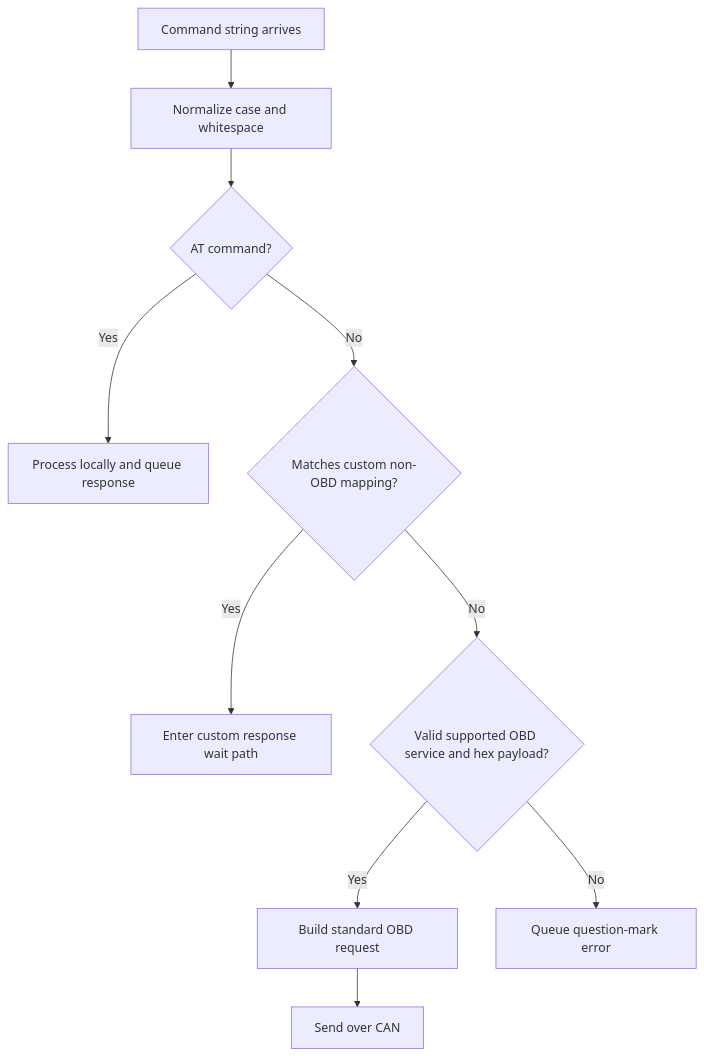
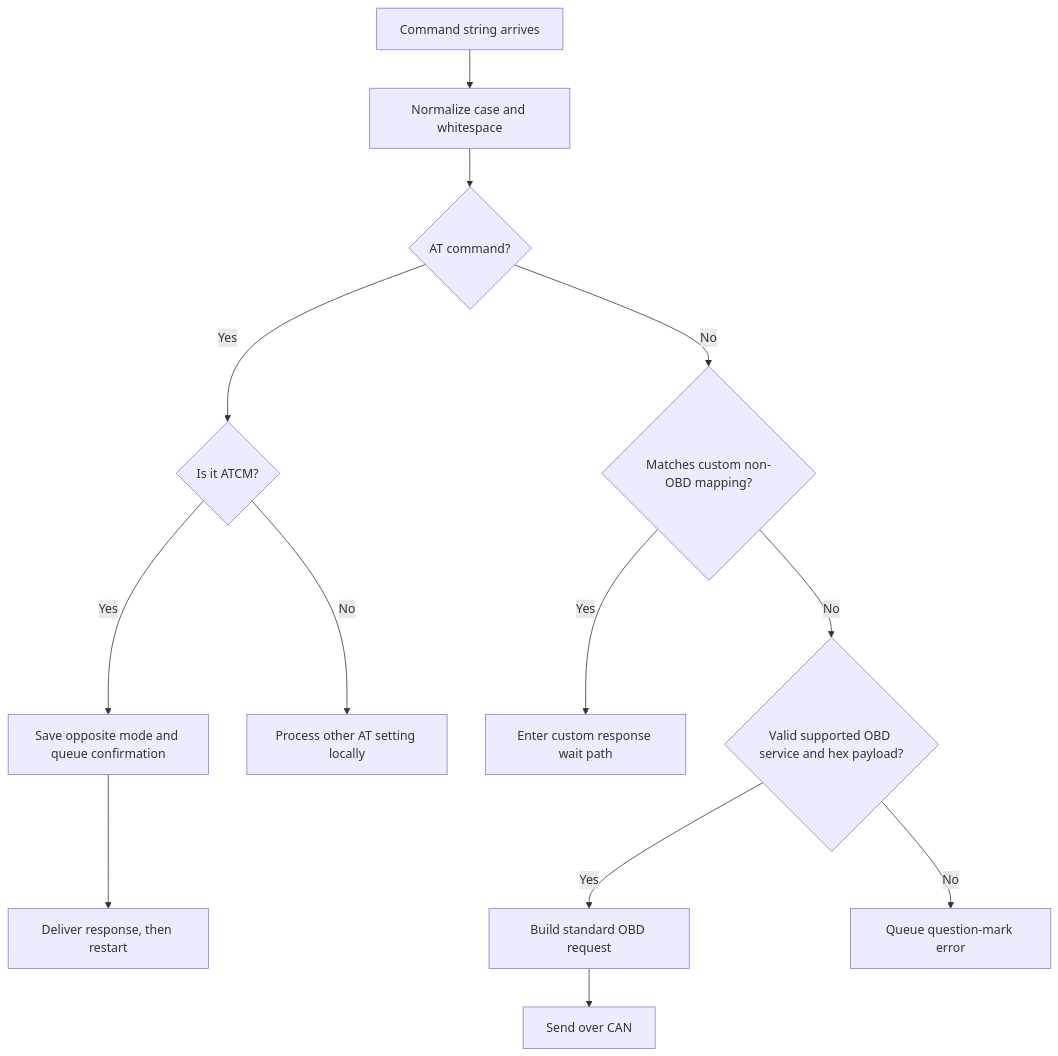
The sixth of 7 diagrams in OBD_BLE_FreeRTOS_C/flowchart.md (ASTI-ITS/ITS-test), drawn with Mermaid before and after one commit. The commit also changed other lines of this file and 1 other file, not shown here.

Commit message:
updated flowcharts to reflect change mode

````diff
--- a/OBD_BLE_FreeRTOS_C/flowchart.md
+++ b/OBD_BLE_FreeRTOS_C/flowchart.md
@@ -132,12 +136,15 @@
 ```mermaid
 graph TD
     A[Command string arrives] --> B[Normalize case and whitespace]
     B --> C{AT command?}
-    C -- Yes --> D[Process locally and queue response]
-    C -- No --> E{Matches custom non-OBD mapping?}
-    E -- Yes --> F[Enter custom response wait path]
-    E -- No --> H{Valid supported OBD service and hex payload?}
-    H -- Yes --> I[Build standard OBD request]
-    I --> J[Send over CAN]
-    H -- No --> K[Queue question-mark error]
+    C -- Yes --> D{Is it ATCM?}
+    D -- Yes --> E[Save opposite mode and queue confirmation]
+    E --> F[Deliver response, then restart]
+    D -- No --> G[Process other AT setting locally]
+    C -- No --> H{Matches custom non-OBD mapping?}
+    H -- Yes --> I[Enter custom response wait path]
+    H -- No --> J{Valid supported OBD service and hex payload?}
+    J -- Yes --> K[Build standard OBD request]
+    K --> L[Send over CAN]
+    J -- No --> M[Queue question-mark error]
 ```
````
